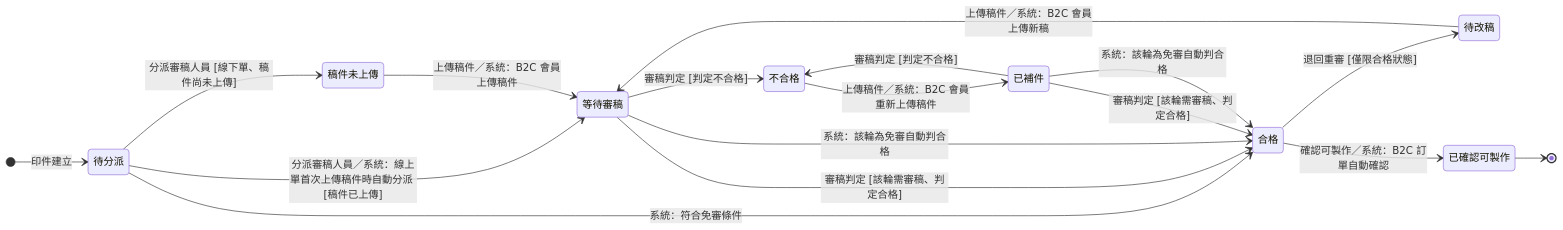
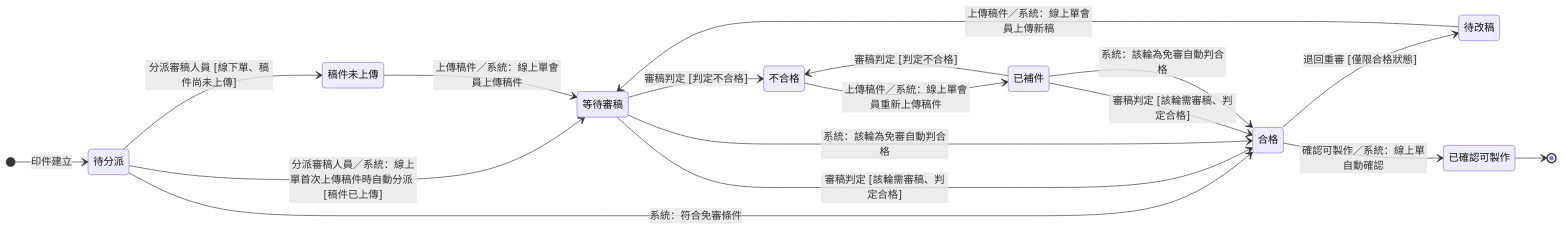
The diagram in memory/Sens_wiki/wiki/erp/06-state-machines/印件審稿狀態.md (Kawato-Miles/erp-spec), drawn with Mermaid before and after one commit. The commit also changed other lines of this file and 31 other files, not shown here.

````diff
--- a/memory/Sens_wiki/wiki/erp/06-state-machines/印件審稿狀態.md
+++ b/memory/Sens_wiki/wiki/erp/06-state-machines/印件審稿狀態.md
@@ -43,32 +43,32 @@
 ```mermaid
 stateDiagram-v2
     direction LR
 
     [*] --> r_unassigned : 印件建立
 
     state "待分派" as r_unassigned
     state "稿件未上傳" as r_none
     state "等待審稿" as r_waiting
     state "不合格" as r_failed
     state "已補件" as r_resub
     state "合格" as r_passed
     state "待改稿" as r_revise
     state "已確認可製作" as r_confirmed
 
     r_unassigned --> r_none : 分派審稿人員 [線下單、稿件尚未上傳]
     r_unassigned --> r_waiting : 分派審稿人員／系統：線上單首次上傳稿件時自動分派 [稿件已上傳]
     r_unassigned --> r_passed : 系統：符合免審條件
-    r_none --> r_waiting : 上傳稿件／系統：B2C 會員上傳稿件
+    r_none --> r_waiting : 上傳稿件／系統：線上單會員上傳稿件
     r_waiting --> r_passed : 審稿判定 [該輪需審稿、判定合格]
     r_waiting --> r_passed : 系統：該輪為免審自動判合格
     r_waiting --> r_failed : 審稿判定 [判定不合格]
-    r_failed --> r_resub : 上傳稿件／系統：B2C 會員重新上傳稿件
+    r_failed --> r_resub : 上傳稿件／系統：線上單會員重新上傳稿件
     r_resub --> r_passed : 審稿判定 [該輪需審稿、判定合格]
     r_resub --> r_passed : 系統：該輪為免審自動判合格
     r_resub --> r_failed : 審稿判定 [判定不合格]
-    r_passed --> r_confirmed : 確認可製作／系統：B2C 訂單自動確認
+    r_passed --> r_confirmed : 確認可製作／系統：線上單自動確認
     r_passed --> r_revise : 退回重審 [僅限合格狀態]
-    r_revise --> r_waiting : 上傳稿件／系統：B2C 會員上傳新稿
+    r_revise --> r_waiting : 上傳稿件／系統：線上單會員上傳新稿
 
     r_confirmed --> [*]
 ```
````
